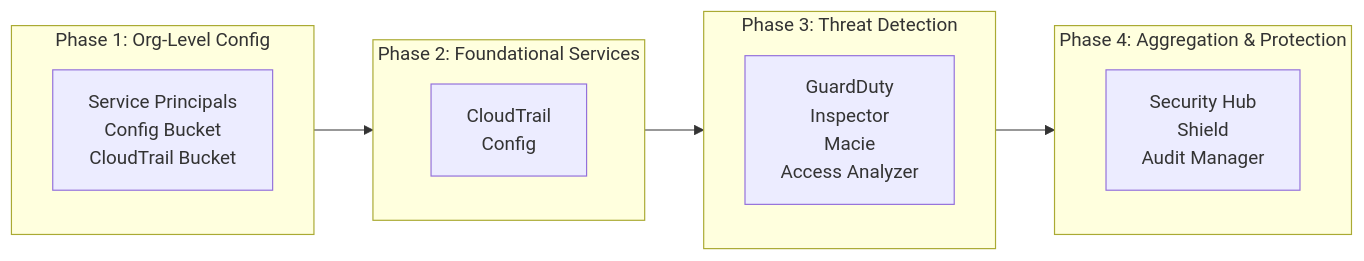
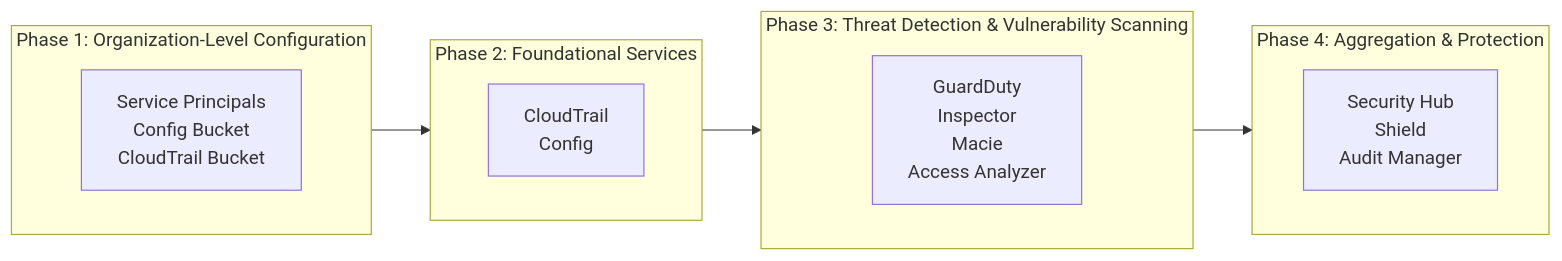
One commit to cloudposse/docs changed the diagram in docs/layers/security-and-compliance/setup.mdx. Above: the diagram before and after it, drawn with Mermaid. The commit also changed other lines of this file and 10 other files, not shown here.

````diff
--- a/docs/layers/security-and-compliance/setup.mdx
+++ b/docs/layers/security-and-compliance/setup.mdx
@@ -33,20 +33,20 @@
 ```mermaid
 flowchart LR
-    subgraph phase1["Phase 1: Org-Level Config"]
+    subgraph phase1["Phase 1: Organization-Level Configuration"]
         p1["Service Principals<br/>Config Bucket<br/>CloudTrail Bucket"]
     end
 
     subgraph phase2["Phase 2: Foundational Services"]
         p2["CloudTrail<br/>Config"]
     end
 
-    subgraph phase3["Phase 3: Threat Detection"]
+    subgraph phase3["Phase 3: Threat Detection & Vulnerability Scanning"]
         p3["GuardDuty<br/>Inspector<br/>Macie<br/>Access Analyzer"]
     end
 
     subgraph phase4["Phase 4: Aggregation & Protection"]
         p4["Security Hub<br/>Shield<br/>Audit Manager"]
     end
 
     phase1 --> phase2 --> phase3 --> phase4
 ```
````
